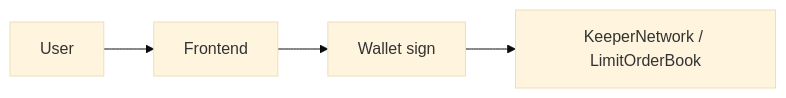
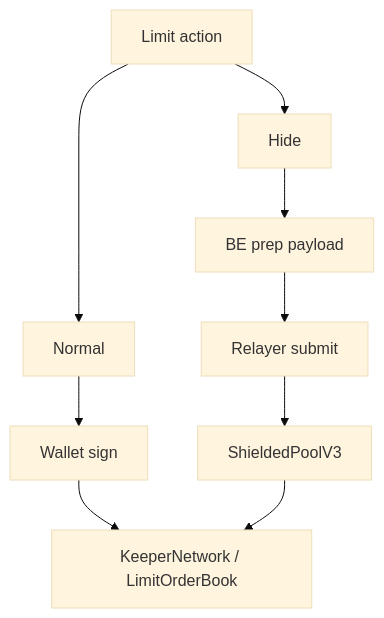
The fourth of 6 diagrams in README.md (ntfound-dev/zkcarel_protocol), drawn with Mermaid (base theme) before and after one commit. The commit also changed other lines of this file and 1 other file, not shown here.

Commit message:
docs: make mode diagrams flow-based

````diff
--- a/README.md
+++ b/README.md
@@ -182,6 +186,12 @@
 ```mermaid
-flowchart LR
-  U[User] --> FE[Frontend]
-  FE --> W[Wallet sign]
-  W --> LOB[KeeperNetwork / LimitOrderBook]
+flowchart TD
+  A[Limit action] --> N1[Normal]
+  N1 --> N2[Wallet sign]
+  N2 --> LOB[KeeperNetwork / LimitOrderBook]
+
+  A --> H1[Hide]
+  H1 --> H2[BE prep payload]
+  H2 --> H3[Relayer submit]
+  H3 --> H4[ShieldedPoolV3]
+  H4 --> LOB
 ```
````
